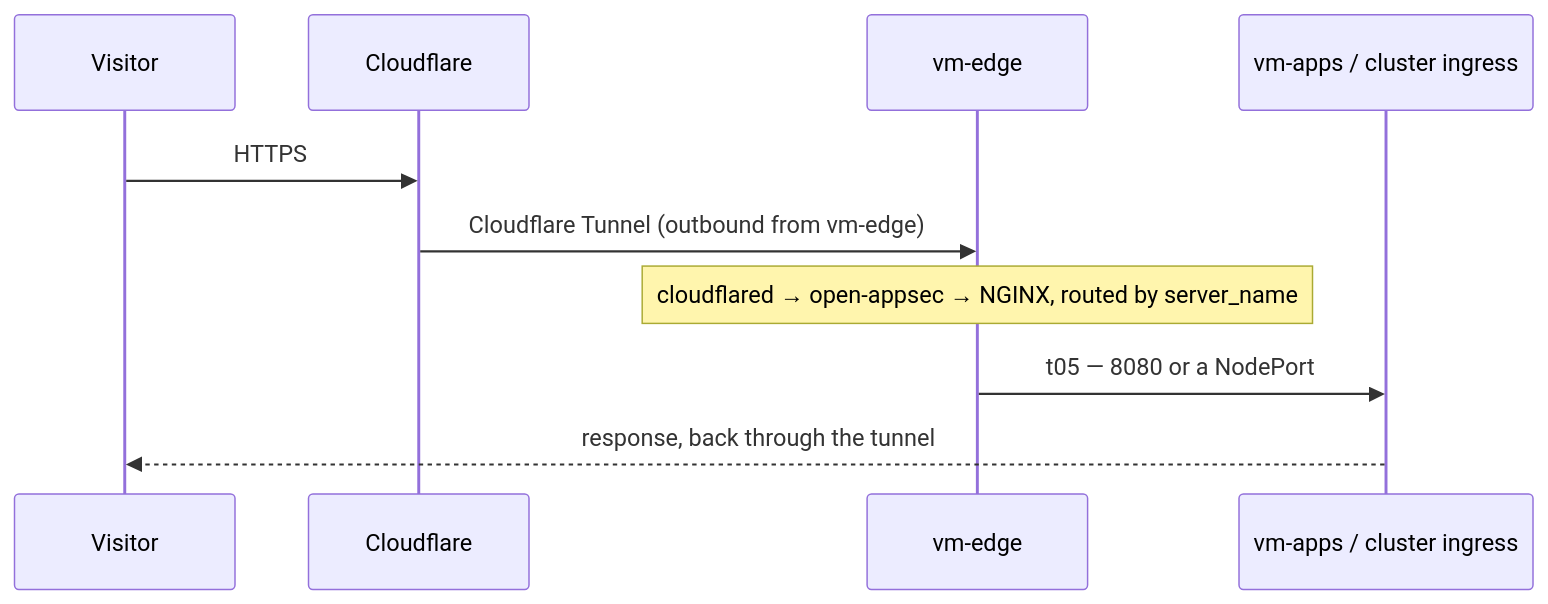
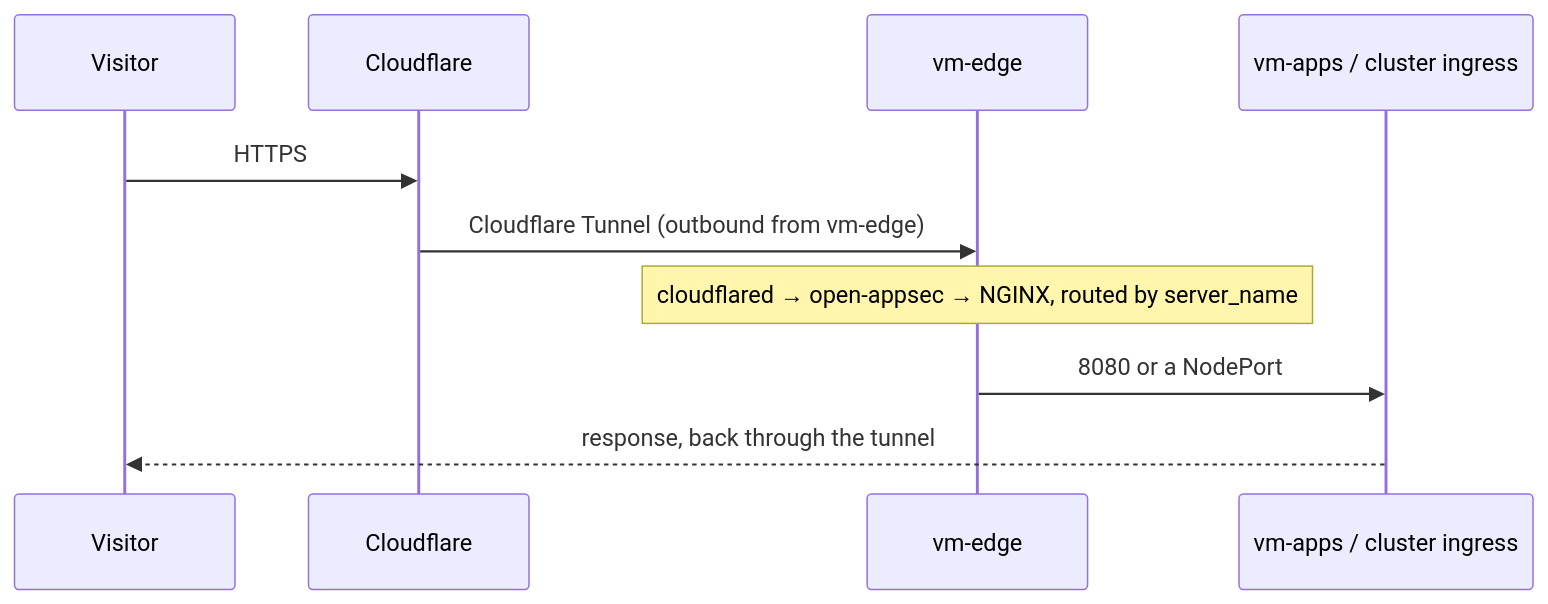
One commit to 0xc0-homelab/infrastructure changed the third of 6 diagrams in docs/architecture.md. Above: the diagram before and after it, drawn with Mermaid. The commit also changed other lines of this file and 17 other files, not shown here.

````diff
--- a/docs/architecture.md
+++ b/docs/architecture.md
@@ -124,13 +127,13 @@
 ```mermaid
 sequenceDiagram
   participant U as Visitor
   participant CF as Cloudflare
   participant E as vm-edge
   participant A as vm-apps / cluster ingress
 
   U->>CF: HTTPS
   CF->>E: Cloudflare Tunnel (outbound from vm-edge)
   Note over E: cloudflared → open-appsec → NGINX, routed by server_name
-  E->>A: t05 — 8080 or a NodePort
+  E->>A: 8080 or a NodePort
   A-->>U: response, back through the tunnel
 ```
````
